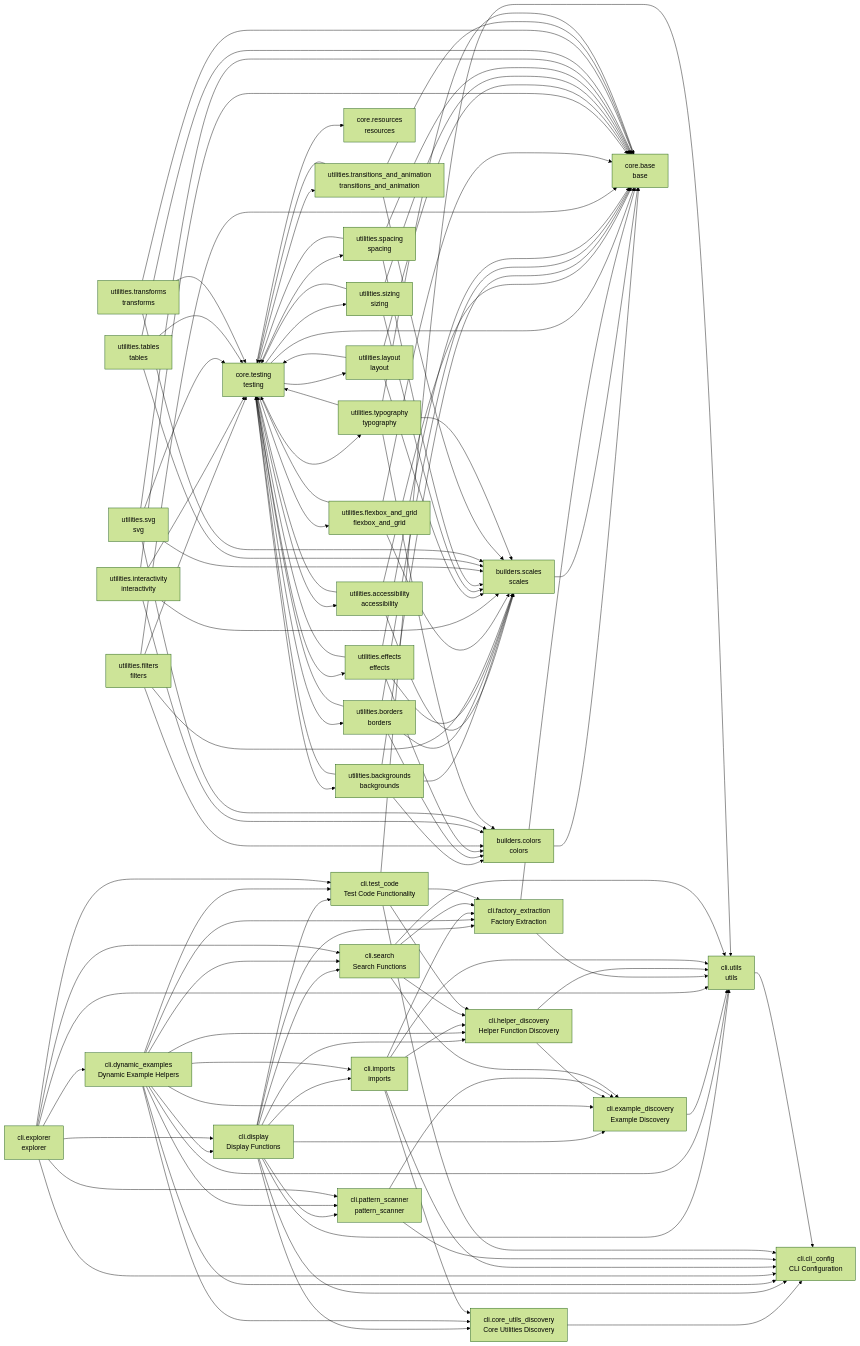
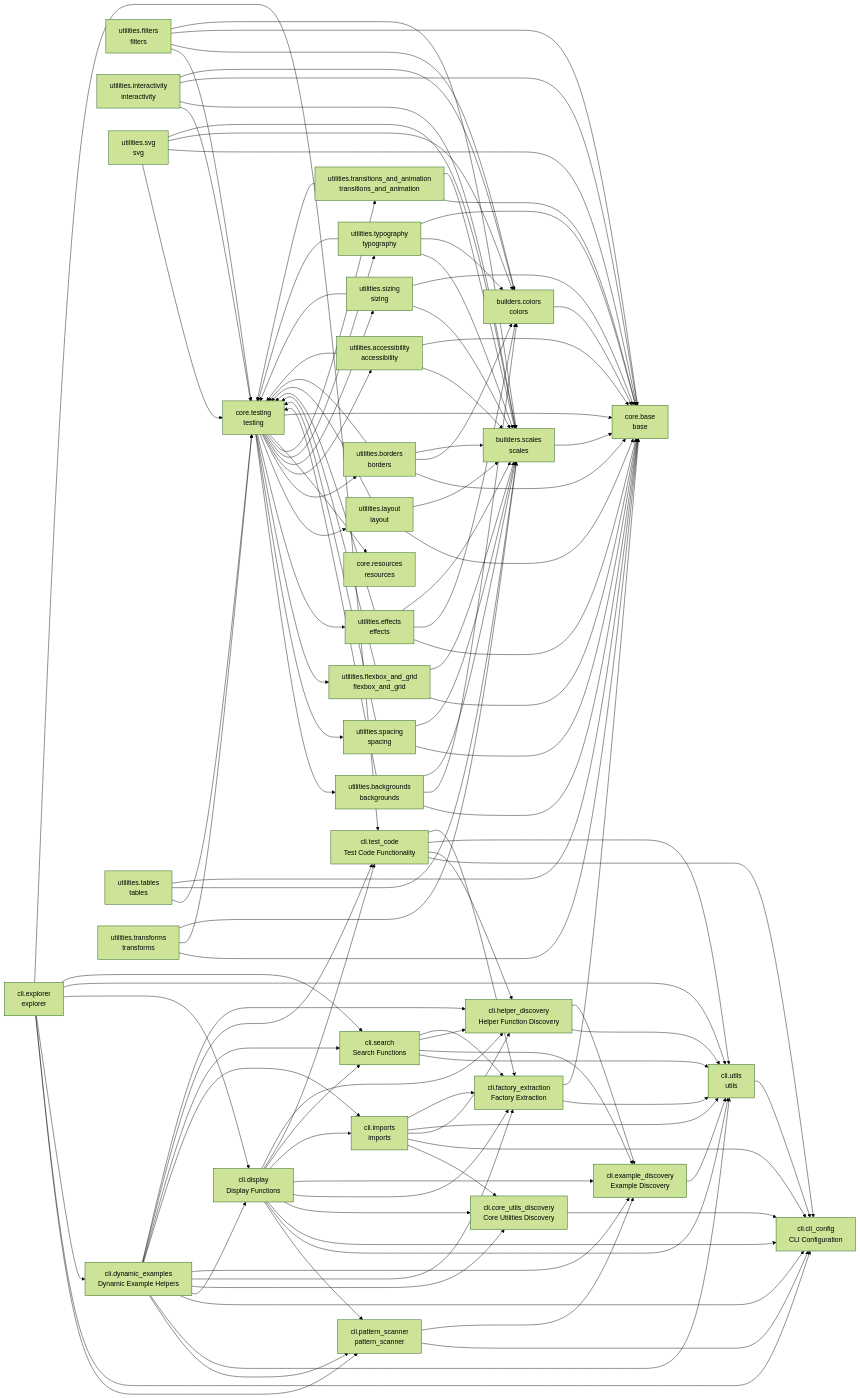
The diagram in README.md (cj-mills/cjm-fasthtml-tailwind), drawn with Mermaid (forest theme) before and after one commit. The commit also changed other lines of this file and 5 other files, not shown here.

````diff
--- a/README.md
+++ b/README.md
@@ -93,117 +93,117 @@
     builders_colors --> core_base
     builders_scales --> core_base
     cli_core_utils_discovery --> cli_cli_config
+    cli_display --> cli_pattern_scanner
     cli_display --> cli_utils
+    cli_display --> cli_cli_config
+    cli_display --> cli_core_utils_discovery
     cli_display --> cli_factory_extraction
-    cli_display --> cli_pattern_scanner
-    cli_display --> cli_cli_config
     cli_display --> cli_example_discovery
-    cli_display --> cli_helper_discovery
-    cli_display --> cli_test_code
-    cli_display --> cli_core_utils_discovery
     cli_display --> cli_imports
     cli_display --> cli_search
+    cli_display --> cli_test_code
+    cli_display --> cli_helper_discovery
+    cli_dynamic_examples --> cli_pattern_scanner
     cli_dynamic_examples --> cli_utils
+    cli_dynamic_examples --> cli_cli_config
     cli_dynamic_examples --> cli_display
+    cli_dynamic_examples --> cli_core_utils_discovery
     cli_dynamic_examples --> cli_factory_extraction
-    cli_dynamic_examples --> cli_pattern_scanner
-    cli_dynamic_examples --> cli_cli_config
     cli_dynamic_examples --> cli_example_discovery
-    cli_dynamic_examples --> cli_helper_discovery
-    cli_dynamic_examples --> cli_test_code
-    cli_dynamic_examples --> cli_core_utils_discovery
     cli_dynamic_examples --> cli_imports
     cli_dynamic_examples --> cli_search
+    cli_dynamic_examples --> cli_test_code
+    cli_dynamic_examples --> cli_helper_discovery
     cli_example_discovery --> cli_utils
-    cli_explorer --> cli_display
-    cli_explorer --> cli_dynamic_examples
     cli_explorer --> cli_pattern_scanner
     cli_explorer --> cli_cli_config
+    cli_explorer --> cli_dynamic_examples
+    cli_explorer --> cli_display
     cli_explorer --> cli_utils
+    cli_explorer --> cli_search
     cli_explorer --> cli_test_code
-    cli_explorer --> cli_search
     cli_factory_extraction --> cli_utils
     cli_factory_extraction --> core_base
     cli_helper_discovery --> cli_utils
     cli_helper_discovery --> cli_example_discovery
-    cli_imports --> cli_utils
     cli_imports --> cli_core_utils_discovery
     cli_imports --> cli_cli_config
+    cli_imports --> cli_helper_discovery
+    cli_imports --> cli_utils
     cli_imports --> cli_factory_extraction
-    cli_imports --> cli_helper_discovery
+    cli_pattern_scanner --> cli_cli_config
     cli_pattern_scanner --> cli_example_discovery
-    cli_pattern_scanner --> cli_cli_config
     cli_search --> cli_utils
-    cli_search --> cli_factory_extraction
     cli_search --> cli_example_discovery
     cli_search --> cli_helper_discovery
+    cli_search --> cli_factory_extraction
+    cli_test_code --> cli_cli_config
+    cli_test_code --> cli_helper_discovery
     cli_test_code --> cli_utils
-    cli_test_code --> cli_cli_config
     cli_test_code --> cli_factory_extraction
-    cli_test_code --> cli_helper_discovery
     cli_utils --> cli_cli_config
+    core_testing --> utilities_backgrounds
+    core_testing --> utilities_spacing
+    core_testing --> utilities_flexbox_and_grid
+    core_testing --> utilities_effects
+    core_testing --> utilities_layout
+    core_testing --> utilities_borders
+    core_testing --> utilities_accessibility
+    core_testing --> utilities_sizing
     core_testing --> utilities_typography
-    core_testing --> utilities_layout
+    core_testing --> utilities_transitions_and_animation
     core_testing --> core_resources
-    core_testing --> utilities_sizing
-    core_testing --> utilities_flexbox_and_grid
-    core_testing --> utilities_spacing
-    core_testing --> utilities_transitions_and_animation
-    core_testing --> utilities_backgrounds
-    core_testing --> utilities_effects
-    core_testing --> utilities_borders
     core_testing --> core_base
-    core_testing --> utilities_accessibility
     utilities_accessibility --> core_testing
     utilities_accessibility --> builders_scales
     utilities_accessibility --> core_base
     utilities_backgrounds --> core_testing
     utilities_backgrounds --> core_base
+    utilities_backgrounds --> builders_colors
     utilities_backgrounds --> builders_scales
-    utilities_backgrounds --> builders_colors
     utilities_borders --> core_testing
     utilities_borders --> core_base
+    utilities_borders --> builders_colors
     utilities_borders --> builders_scales
-    utilities_borders --> builders_colors
     utilities_effects --> core_testing
     utilities_effects --> core_base
+    utilities_effects --> builders_colors
     utilities_effects --> builders_scales
-    utilities_effects --> builders_colors
     utilities_filters --> core_testing
+    utilities_filters --> builders_colors
     utilities_filters --> core_base
     utilities_filters --> builders_scales
-    utilities_filters --> builders_colors
+    utilities_flexbox_and_grid --> core_base
     utilities_flexbox_and_grid --> core_testing
-    utilities_flexbox_and_grid --> core_base
     utilities_flexbox_and_grid --> builders_scales
     utilities_interactivity --> core_testing
+    utilities_interactivity --> builders_scales
     utilities_interactivity --> core_base
-    utilities_interactivity --> builders_scales
     utilities_interactivity --> builders_colors
+    utilities_layout --> core_base
     utilities_layout --> core_testing
-    utilities_layout --> core_base
     utilities_layout --> builders_scales
+    utilities_sizing --> core_testing
     utilities_sizing --> builders_scales
-    utilities_sizing --> core_testing
     utilities_sizing --> core_base
+    utilities_spacing --> core_base
     utilities_spacing --> core_testing
-    utilities_spacing --> core_base
     utilities_spacing --> builders_scales
     utilities_svg --> core_testing
     utilities_svg --> core_base
+    utilities_svg --> builders_colors
     utilities_svg --> builders_scales
-    utilities_svg --> builders_colors
     utilities_tables --> core_testing
+    utilities_tables --> builders_scales
     utilities_tables --> core_base
-    utilities_tables --> builders_scales
+    utilities_transforms --> core_base
     utilities_transforms --> core_testing
-    utilities_transforms --> core_base
     utilities_transforms --> builders_scales
     utilities_transitions_and_animation --> core_testing
     utilities_transitions_and_animation --> core_base
     utilities_transitions_and_animation --> builders_scales
     utilities_typography --> core_testing
-    utilities_typography --> core_base
     utilities_typography --> builders_scales
     utilities_typography --> builders_colors
+    utilities_typography --> core_base
 ```
````
